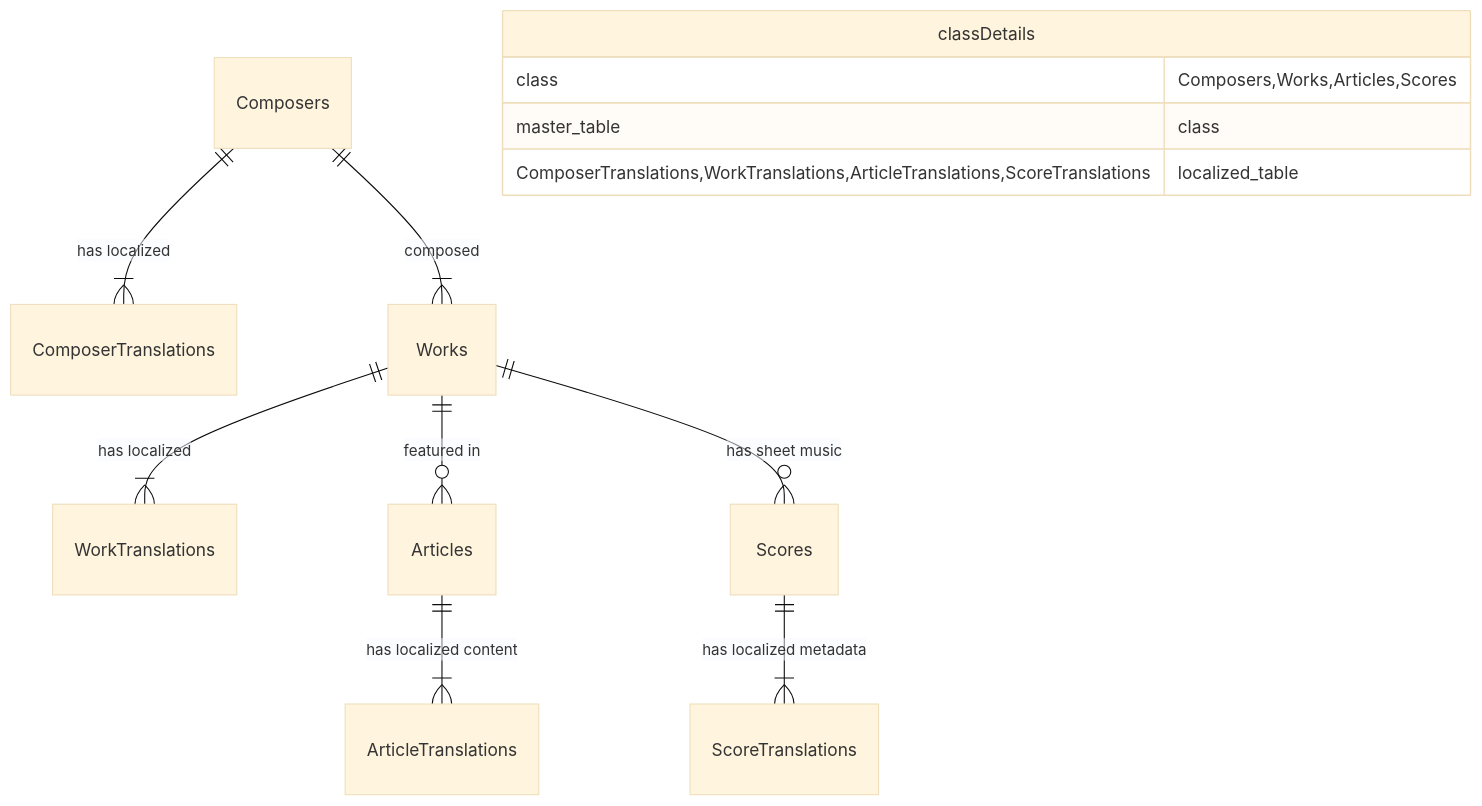
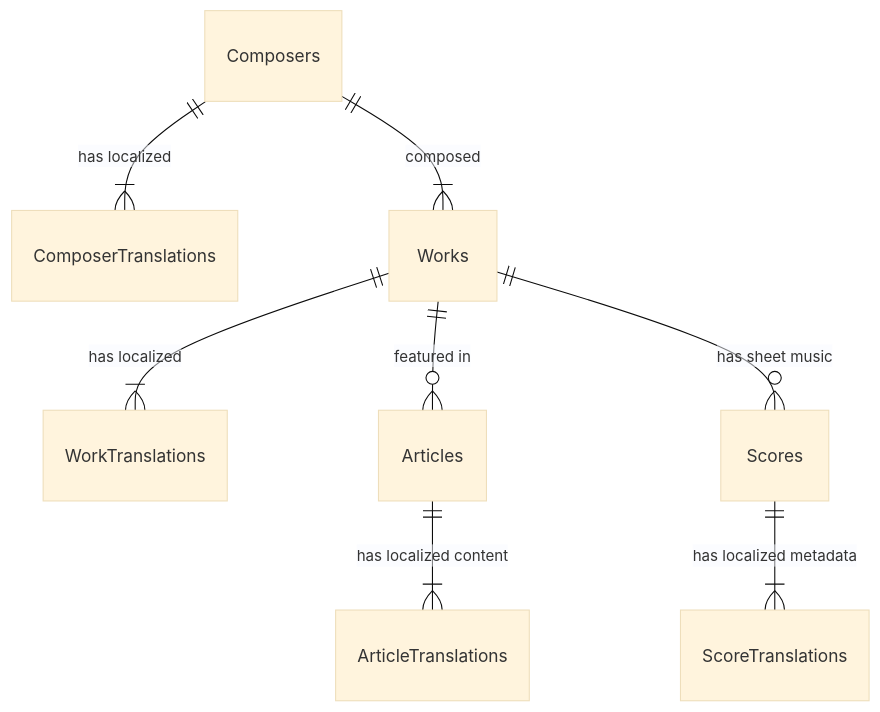
Before and after one commit to preludio-lab/preludio-lab: the diagram in docs/05_design/database-schema.md, drawn with Mermaid (base theme).

Commit message:
docs: Mermaid ER図の描画エラーを修正 (非対応のclass構文を削除)

````diff
--- a/docs/05_design/database-schema.md
+++ b/docs/05_design/database-schema.md
@@ -27,21 +27,15 @@
 ```mermaid
 erDiagram
     %% Masters (Reference)
     Composers ||--|{ ComposerTranslations : "has localized"
     Composers ||--|{ Works : "composed"
     Works ||--|{ WorkTranslations : "has localized"
     
     %% Application Core (Zero-JOIN)
     Works ||--o{ Articles : "featured in"
     Articles ||--|{ ArticleTranslations : "has localized content"
     
     %% Shared Assets
     Works ||--o{ Scores : "has sheet music"
     Scores ||--|{ ScoreTranslations : "has localized metadata"
-
-    classDetails {
-        %% Color Definitions
-        class Composers,Works,Articles,Scores master_table
-        class ComposerTranslations,WorkTranslations,ArticleTranslations,ScoreTranslations localized_table
-    }
 ```
````
